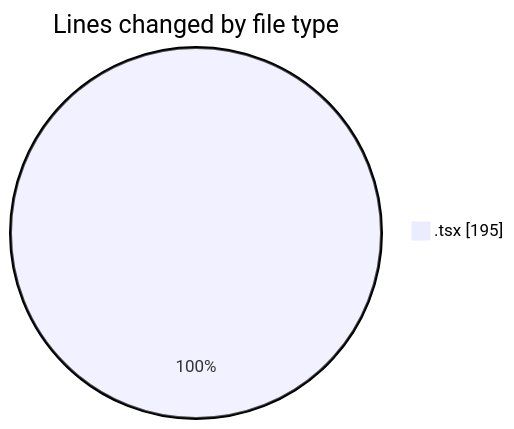
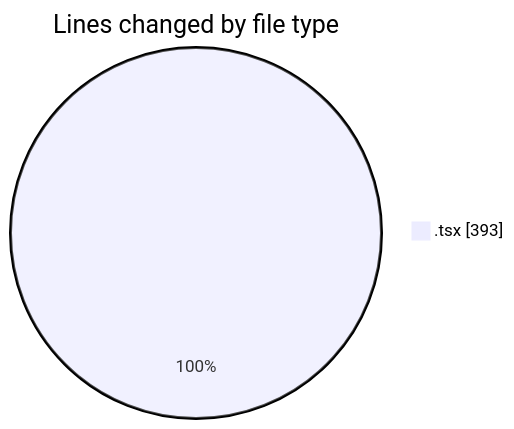
One commit to robertbonfada/code-tracking changed the first of 2 diagrams in 2025-03-05/frontend/README.md. Above: the diagram before and after it, drawn with Mermaid. The commit also changed other lines of this file and 1 other file, not shown here.

````diff
--- a/2025-03-05/frontend/README.md
+++ b/2025-03-05/frontend/README.md
@@ -21,5 +22,5 @@
 ```mermaid
 pie showData
 title Lines changed by file type
-".tsx" : 195
+".tsx" : 393
 ```
````
